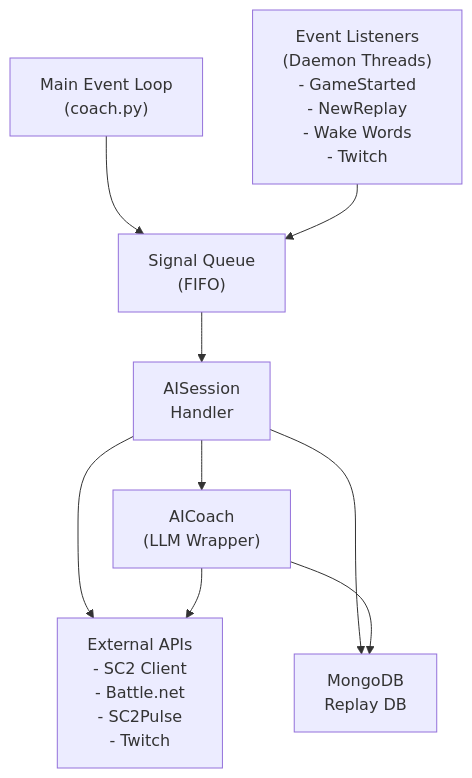
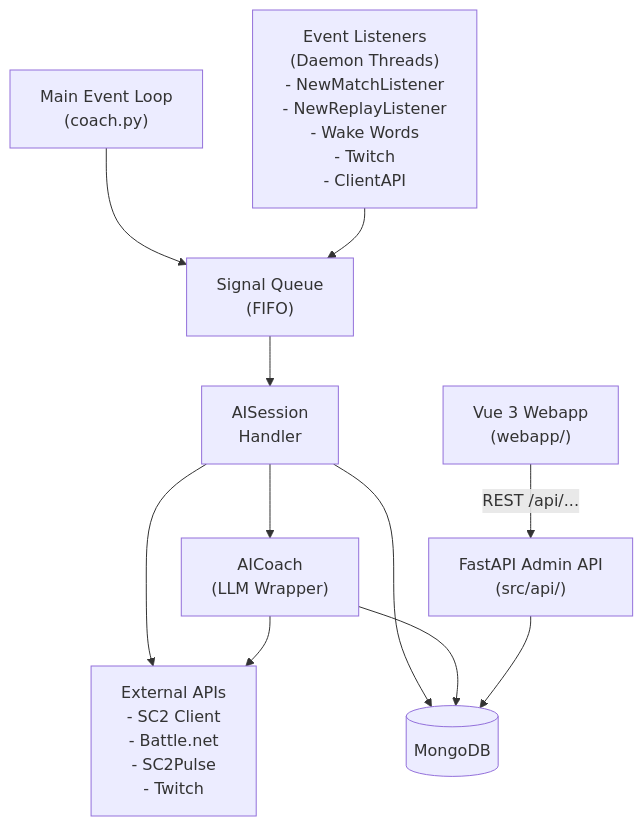
The first of 8 diagrams in docs/architecture.md (manuelseeger/sc2-ai-coach), drawn with Mermaid before and after one commit. The commit also changed other lines of this file, not shown here.

Commit message:
Update architecture

````diff
--- a/docs/architecture.md
+++ b/docs/architecture.md
@@ -20,33 +25,40 @@
 ```mermaid
 graph TD
     A["Main Event Loop
     (coach.py)"]
     Q["Signal Queue
     (FIFO)"]
     L["Event Listeners
     (Daemon Threads)
-    - GameStarted
-    - NewReplay
+    - NewMatchListener
+    - NewReplayListener
     - Wake Words
-    - Twitch"]
+    - Twitch
+    - ClientAPI"]
     S["AISession
     Handler"]
     C["AICoach
     (LLM Wrapper)"]
     E["External APIs
     - SC2 Client
     - Battle.net
     - SC2Pulse
     - Twitch"]
-    DB["MongoDB
-    Replay DB"]
-    
+    DB[("MongoDB")]
+    API["FastAPI Admin API
+    (src/api/)"]
+    WEB["Vue 3 Webapp
+    (webapp/)"]
+
     A --> Q
     Q --> S
     L --> Q
     S --> C
     S --> E
     S --> DB
     C --> E
     C --> DB
+
+    WEB -->|REST /api/...| API
+    API --> DB
 ```
````
